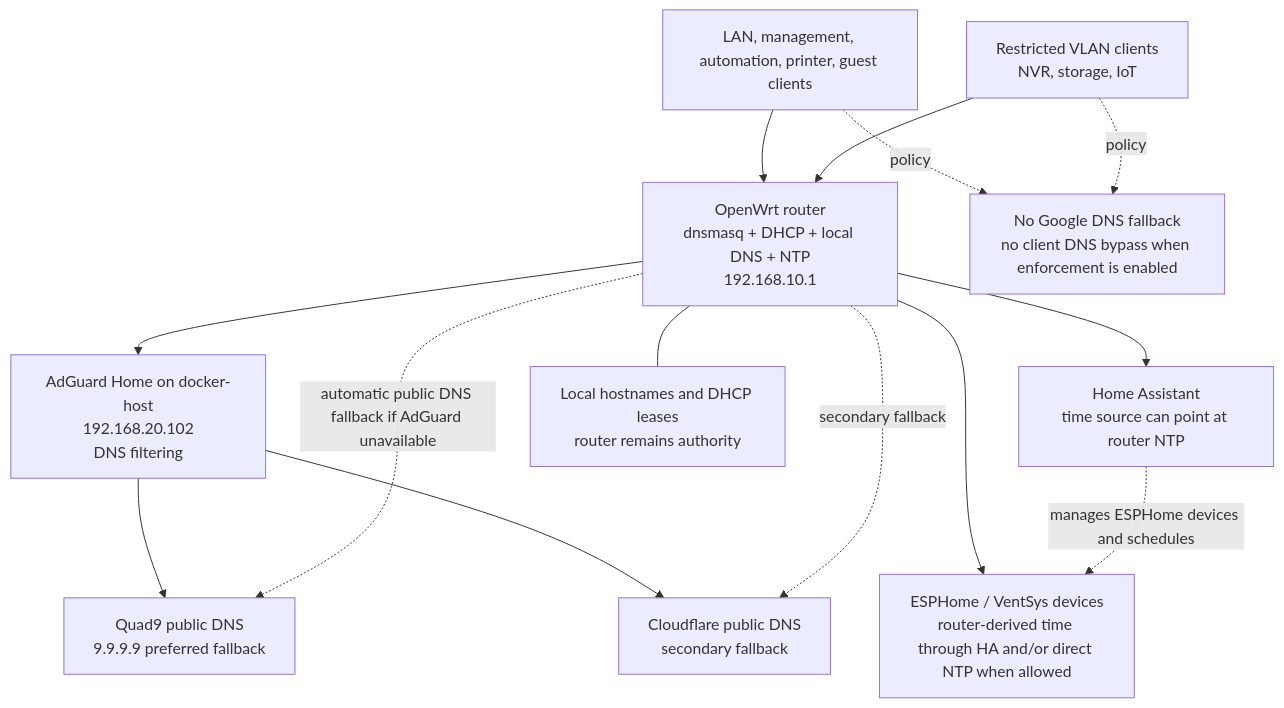
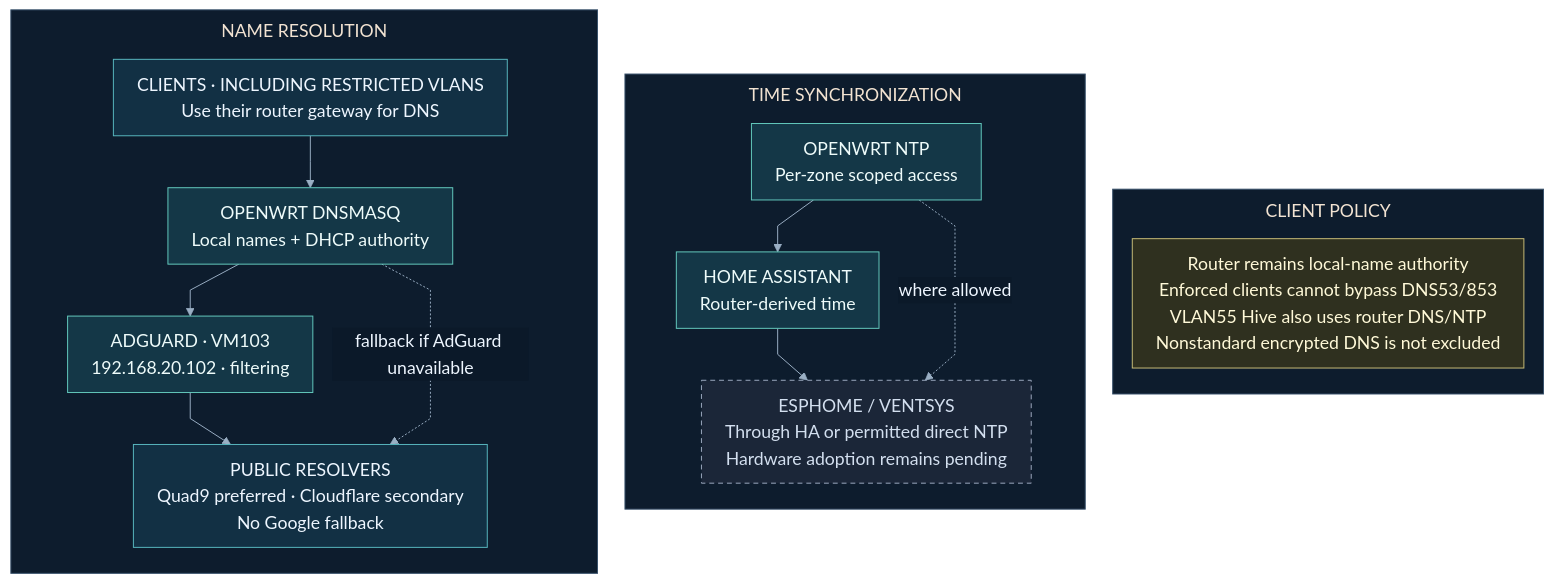
One commit to Nysplaidame/home-automation-project changed the diagram in main/docs/diagrams/network/dns-ntp-flow.mermaid. Above: the diagram before and after it, drawn with Mermaid. The commit also changed 18 other files, not shown here.

Commit message:
docs(diagrams): simplify architecture views

```diff
--- a/main/docs/diagrams/network/dns-ntp-flow.mermaid
+++ b/main/docs/diagrams/network/dns-ntp-flow.mermaid
@@ -1,28 +1,31 @@
-flowchart TB
-    Clients["LAN, management, automation, printer, guest clients"]
-    Restricted["Restricted VLAN clients<br/>NVR, storage, IoT"]
-    Router["OpenWrt router<br/>dnsmasq + DHCP + local DNS + NTP<br/>192.168.10.1"]
-    AdGuard["AdGuard Home on docker-host<br/>192.168.20.102<br/>DNS filtering"]
-    Quad9["Quad9 public DNS<br/>9.9.9.9 preferred fallback"]
-    Cloudflare["Cloudflare public DNS<br/>secondary fallback"]
-    HA["Home Assistant<br/>time source can point at router NTP"]
-    ESPHome["ESPHome / VentSys devices<br/>router-derived time through HA and/or direct NTP when allowed"]
+%%{init: {"theme":"base","fontFamily":"Segoe UI, sans-serif","themeVariables":{"primaryColor":"#123044","primaryTextColor":"#eef6ff","primaryBorderColor":"#58b7bf","lineColor":"#9aafc4","clusterBkg":"#0d1c2d","clusterBorder":"#38516b","tertiaryColor":"#0d1c2d","edgeLabelBackground":"#0b1929","fontFamily":"Segoe UI, sans-serif","fontSize":"18px"},"flowchart":{"curve":"linear","nodeSpacing":20,"rankSpacing":28,"padding":12,"subGraphTitleMargin":{"top":8,"bottom":16},"wrappingWidth":380,"useMaxWidth":false}}}%%
+flowchart LR
+    subgraph DNS["NAME RESOLUTION"]
+        direction TB
+        Clients["CLIENTS · INCLUDING RESTRICTED VLANS<br/>Use their router gateway for DNS"]
+        RouterDNS["OPENWRT DNSMASQ<br/>Local names + DHCP authority"]
+        AdGuard["ADGUARD · VM103<br/>192.168.20.102 · filtering"]
+        Upstream["PUBLIC RESOLVERS<br/>Quad9 preferred · Cloudflare secondary<br/>No Google fallback"]
+        Clients --> RouterDNS --> AdGuard --> Upstream
+        RouterDNS -.->|"fallback if AdGuard unavailable"| Upstream
+    end
+    subgraph Time["TIME SYNCHRONIZATION"]
+        direction TB
+        NTP["OPENWRT NTP<br/>Per-zone scoped access"]
+        HA["HOME ASSISTANT<br/>Router-derived time"]
+        ESP["ESPHOME / VENTSYS<br/>Through HA or permitted direct NTP<br/>Hardware adoption remains pending"]
+        NTP --> HA --> ESP
+        NTP -.->|"where allowed"| ESP
+    end
+    subgraph Policy["CLIENT POLICY"]
+        Rules["Router remains local-name authority<br/>Enforced clients cannot bypass DNS53/853<br/>VLAN55 Hive also uses router DNS/NTP<br/>Nonstandard encrypted DNS is not excluded"]
+    end
+    DNS ~~~ Time ~~~ Policy
+    class RouterDNS,AdGuard,NTP,HA core
+    class Rules policy
+    class ESP deferred
 
-    Clients --> Router
-    Restricted --> Router
-    Router --> AdGuard
-    AdGuard --> Quad9
-    AdGuard --> Cloudflare
-    Router -.->|"automatic public DNS fallback if AdGuard unavailable"| Quad9
-    Router -.->|"secondary fallback"| Cloudflare
-
-    Router --> HA
-    Router --> ESPHome
-    HA -.->|"manages ESPHome devices and schedules"| ESPHome
-
-    LocalNames["Local hostnames and DHCP leases<br/>router remains authority"]
-    Router --- LocalNames
-
-    Blocked["No Google DNS fallback<br/>no client DNS bypass when enforcement is enabled"]
-    Clients -.->|"policy"| Blocked
-    Restricted -.->|"policy"| Blocked
+    classDef core fill:#143747,stroke:#63c9bd,color:#eefbfa
+    classDef store fill:#292745,stroke:#aa99db,color:#f2edff
+    classDef policy fill:#2f301f,stroke:#c7bc77,color:#fff9d8
+    classDef deferred fill:#1b2638,stroke:#9dabc1,color:#d3dfef,stroke-dasharray:5 4
```
